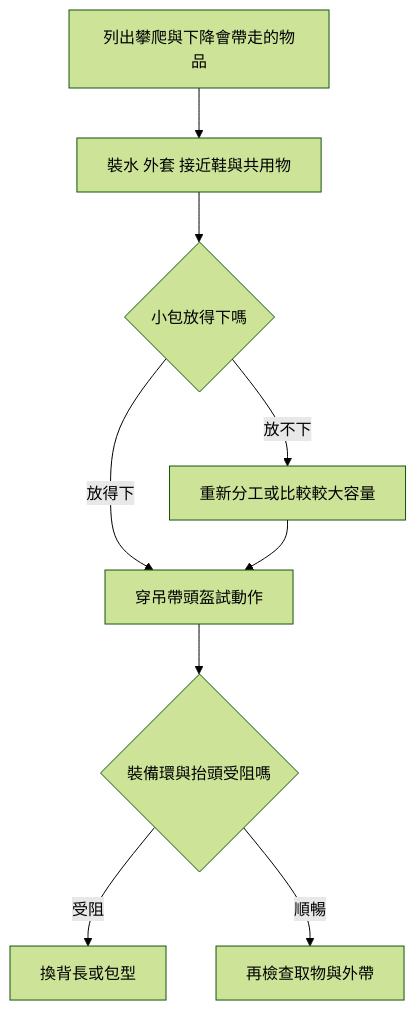
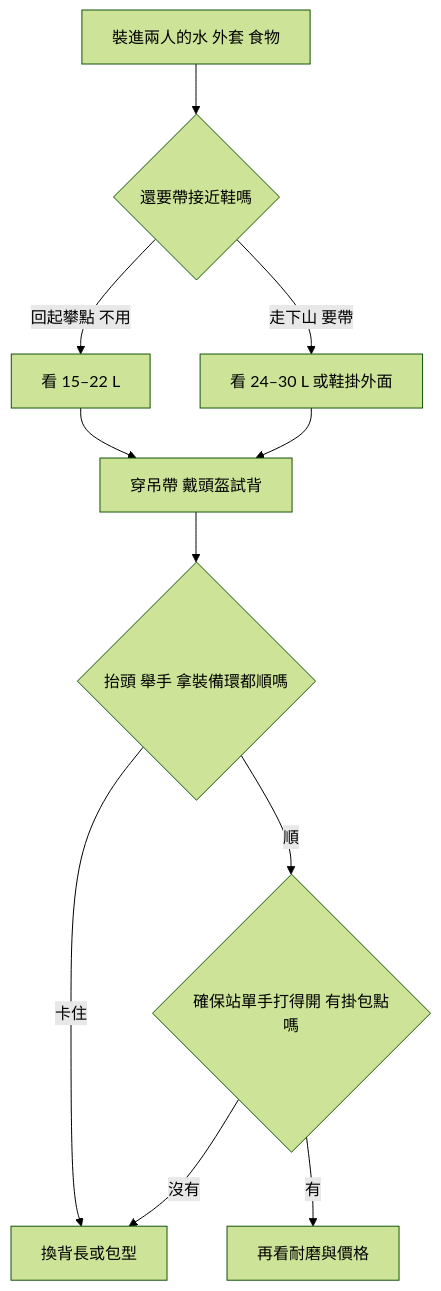
One commit to vincentxuu/quidproquo changed the diagram in src/content/posts/climbing/2026-10-19-multipitch-climbing-backpacks.md. Above: the diagram before and after it, drawn with Mermaid (forest theme). The commit also changed other lines of this file and 53 other files, not shown here.

````diff
--- a/src/content/posts/climbing/2026-10-19-multipitch-climbing-backpacks.md
+++ b/src/content/posts/climbing/2026-10-19-multipitch-climbing-backpacks.md
@@ -29,11 +31,13 @@
 ```mermaid
 flowchart TD
-  A[列出攀爬與下降會帶走的物品] --> B[裝水 外套 接近鞋與共用物]
-  B --> C{小包放得下嗎}
-  C -->|放得下| D[穿吊帶頭盔試動作]
-  C -->|放不下| E[重新分工或比較較大容量]
-  E --> D
-  D --> F{裝備環與抬頭受阻嗎}
-  F -->|受阻| G[換背長或包型]
-  F -->|順暢| H[再檢查取物與外帶]
+  A[裝進兩人的水 外套 食物] --> B{還要帶接近鞋嗎}
+  B -->|回起攀點 不用| C[看 15–22 L]
+  B -->|走下山 要帶| D[看 24–30 L 或鞋掛外面]
+  C --> E[穿吊帶 戴頭盔試背]
+  D --> E
+  E --> F{抬頭 舉手 拿裝備環都順嗎}
+  F -->|卡住| G[換背長或包型]
+  F -->|順| H{確保站單手打得開 有掛包點嗎}
+  H -->|沒有| G
+  H -->|有| I[再看耐磨與價格]
 ```
````
